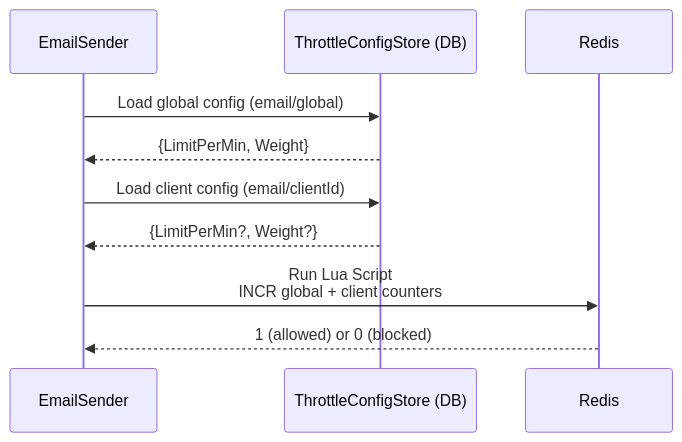
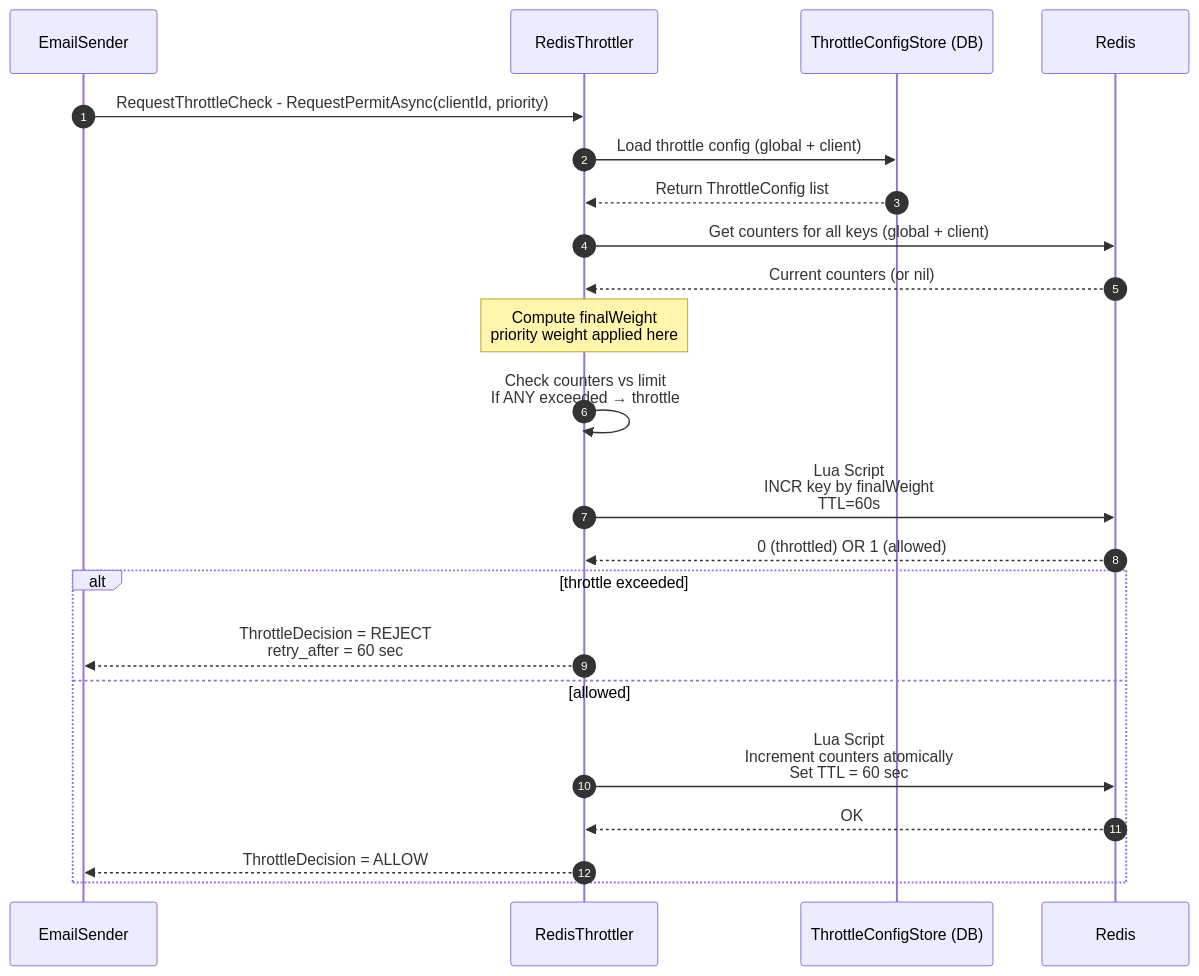
One commit to ashishm-medallia/email-queue changed the third of 4 diagrams in architecture.md. Above: the diagram before and after it, drawn with Mermaid. The commit also changed other lines of this file, not shown here.

````diff
--- a/architecture.md
+++ b/architecture.md
@@ -59,15 +66,32 @@
 ```mermaid
 sequenceDiagram
-    participant EmailSender
-    participant ConfigStore as ThrottleConfigStore (DB)
-    participant Redis
+    autonumber
 
-    EmailSender->>ConfigStore: Load global config (email/global)
-    ConfigStore-->>EmailSender: {LimitPerMin, Weight}
+    participant ES as EmailSender
+    participant RT as RedisThrottler
+    participant TCS as ThrottleConfigStore (DB)
+    participant R as Redis
 
-    EmailSender->>ConfigStore: Load client config (email/clientId)
-    ConfigStore-->>EmailSender: {LimitPerMin?, Weight?}
+    ES->>RT: RequestThrottleCheck - RequestPermitAsync(clientId, priority)
+    
+    RT->>TCS: Load throttle config (global + client)
+    TCS-->>RT: Return ThrottleConfig list
 
-    EmailSender->>Redis: Run Lua Script<br/>INCR global + client counters
-    Redis-->>EmailSender: 1 (allowed) or 0 (blocked)
+    RT->>R: Get counters for all keys (global + client)
+    R-->>RT: Current counters (or nil)
+
+    Note over RT: Compute finalWeight<br/>priority weight applied here
+
+    RT->>RT: Check counters vs limit<br/>If ANY exceeded → throttle
+
+    RT->>R: Lua Script<br/>INCR key by finalWeight<br/>TTL=60s
+    R-->>RT: 0 (throttled) OR 1 (allowed)
+
+    alt throttle exceeded
+        RT-->>ES: ThrottleDecision = REJECT<br/>retry_after = 60 sec
+    else allowed
+        RT->>R: Lua Script<br/>Increment counters atomically<br/>Set TTL = 60 sec
+        R-->>RT: OK
+        RT-->>ES: ThrottleDecision = ALLOW
+    end
 ```
````
